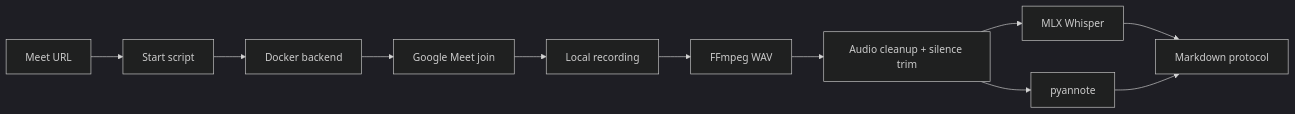
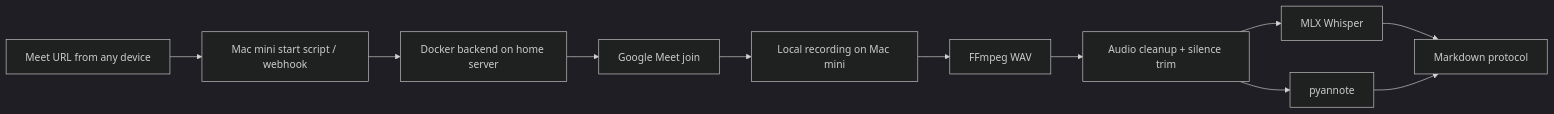
Before and after one commit to AlekseiUL/sprut-meetingbot-pipeline: the diagram in README.md, drawn with Mermaid (dark theme). The commit also changed other lines of this file and 7 other files, not shown here.

Commit message:
[verified] docs: explain remote dispatch and meeting output flow

````diff
--- a/README.md
+++ b/README.md
@@ -40,13 +44,13 @@
 ```mermaid
 flowchart LR
-    A[Meet URL] --> B[Start script]
-    B --> C[Docker backend]
+    A[Meet URL from any device] --> B[Mac mini start script / webhook]
+    B --> C[Docker backend on home server]
     C --> D[Google Meet join]
-    D --> E[Local recording]
+    D --> E[Local recording on Mac mini]
     E --> F[FFmpeg WAV]
     F --> G[Audio cleanup + silence trim]
     G --> H[MLX Whisper]
     G --> I[pyannote]
     H --> J[Markdown protocol]
     I --> J
 ```
````
